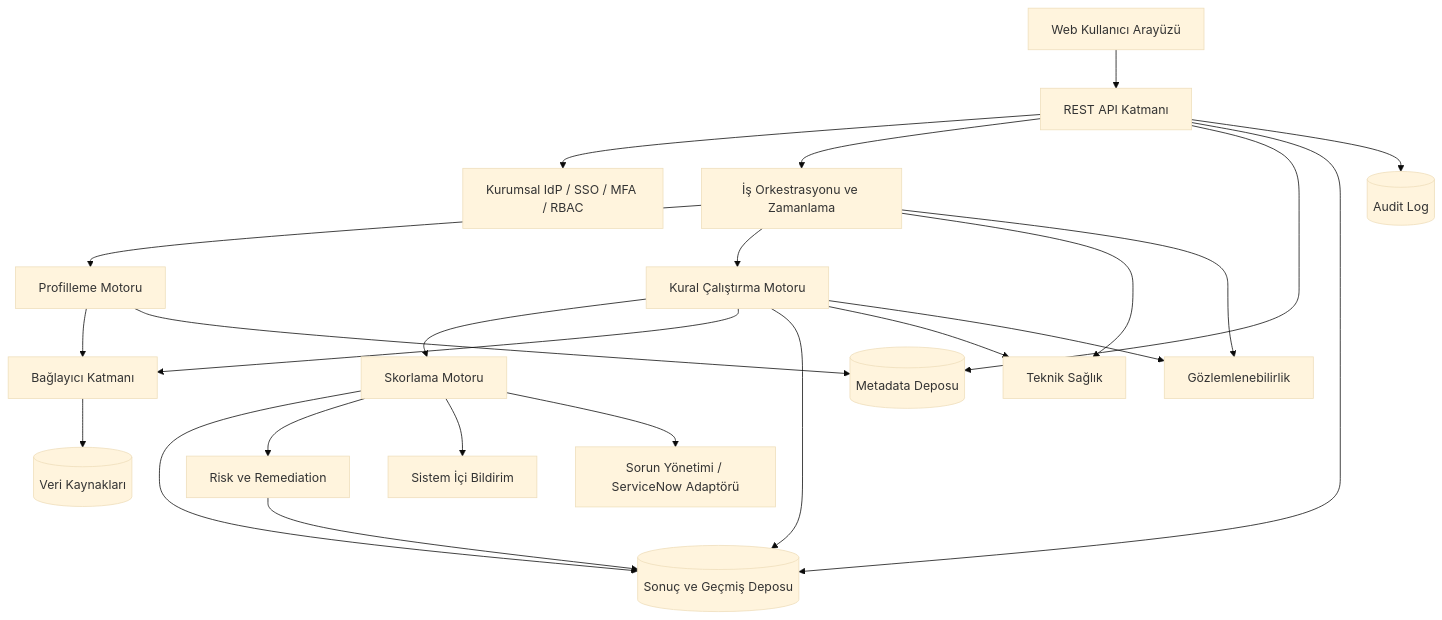
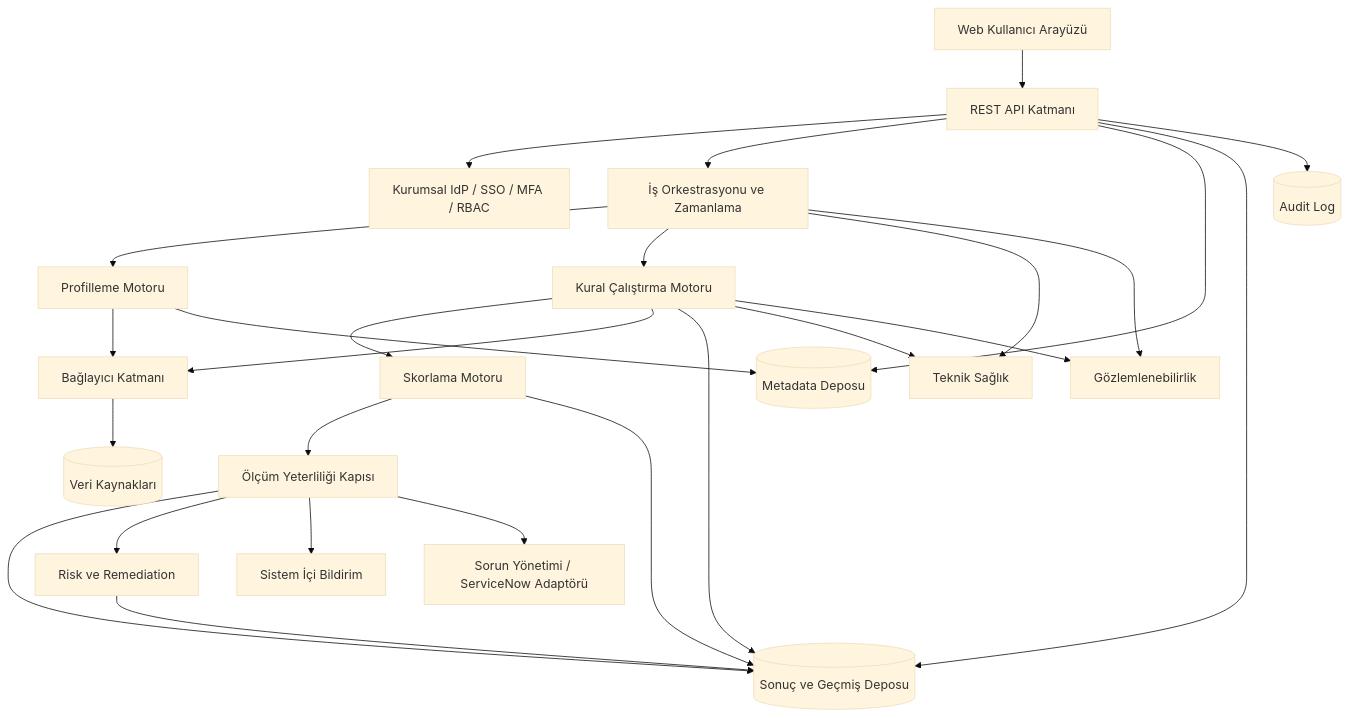
The diagram in 02-Mimari/Mantiksal-Mimari.md (yusufipek2049/veri-kalitesi-sistemi), drawn with Mermaid (base theme) before and after one commit. The commit also changed other lines of this file and 38 other files, not shown here.

Commit message:
Skorlama ve ölçüm yeterliliği hedef tasarımı

````diff
--- a/02-Mimari/Mantiksal-Mimari.md
+++ b/02-Mimari/Mantiksal-Mimari.md
@@ -37,44 +38,47 @@
 ```mermaid
 flowchart TB
     UI[Web Kullanıcı Arayüzü]
     API[REST API Katmanı]
     AUTH[Kurumsal IdP / SSO / MFA / RBAC]
     ORCH[İş Orkestrasyonu ve Zamanlama]
     PROF[Profilleme Motoru]
     RULE[Kural Çalıştırma Motoru]
     SCORE[Skorlama Motoru]
+    QUAL[Ölçüm Yeterliliği Kapısı]
     RISK[Risk ve Remediation]
     HEALTH[Teknik Sağlık]
     NOTIF[Sistem İçi Bildirim]
     ISSUE[Sorun Yönetimi / ServiceNow Adaptörü]
     CONN[Bağlayıcı Katmanı]
     SRC[(Veri Kaynakları)]
     META[(Metadata Deposu)]
     HIST[(Sonuç ve Geçmiş Deposu)]
     AUDIT[(Audit Log)]
     OBS[Gözlemlenebilirlik]
 
     UI --> API
     API --> AUTH
     API --> ORCH
     ORCH --> PROF
     ORCH --> RULE
     RULE --> SCORE
+    SCORE --> QUAL
     PROF --> CONN
     RULE --> CONN
     CONN --> SRC
     PROF --> META
     RULE --> HIST
     SCORE --> HIST
-    SCORE --> RISK
+    QUAL --> HIST
+    QUAL --> RISK
     RULE --> HEALTH
     ORCH --> HEALTH
     RISK --> HIST
-    SCORE --> NOTIF
-    SCORE --> ISSUE
+    QUAL --> NOTIF
+    QUAL --> ISSUE
     API --> META
     API --> HIST
     API --> AUDIT
     ORCH --> OBS
     RULE --> OBS
 ```
````
